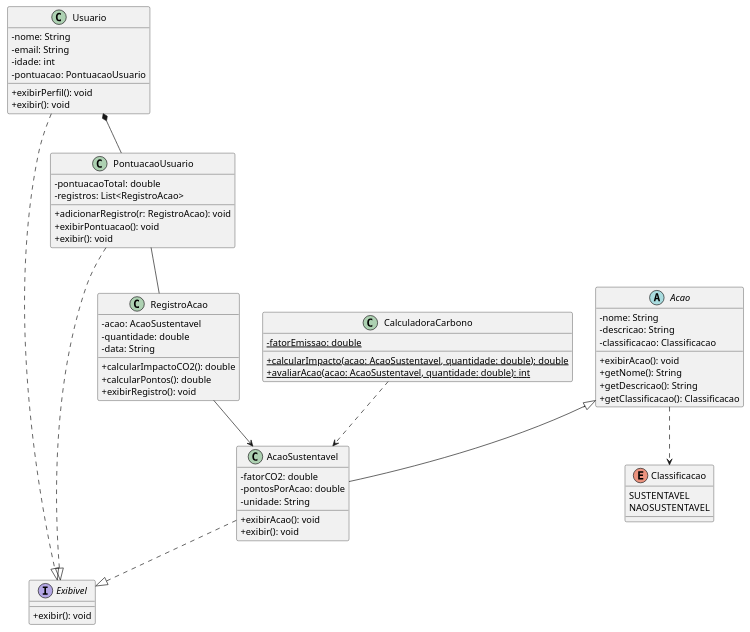
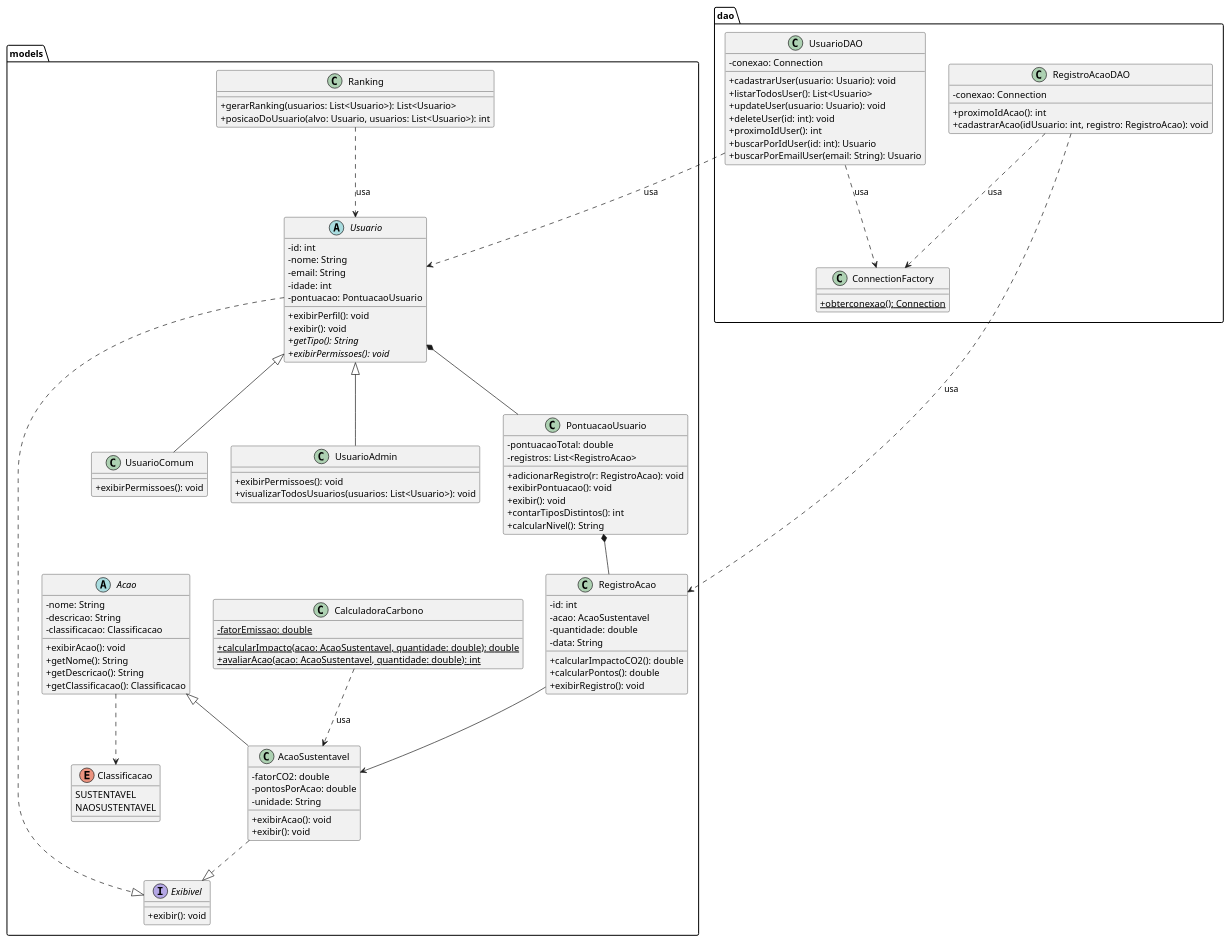
The diagram in rankup_diagrama.puml (RankUp-TDSPJ/RankUp-Java), drawn with PlantUML before and after one commit.

Commit message:
diagrama atualizado com as novas funcionalidades e classe dao

```diff
--- a/rankup_diagrama.puml
+++ b/rankup_diagrama.puml
@@ -1,74 +1,131 @@
 @startuml RankUp
 skinparam classAttributeIconSize 0
 
-interface Exibivel {
-  +exibir(): void
+package "models" {
+
+    interface Exibivel {
+      +exibir(): void
+    }
+
+    abstract class Usuario {
+      -id: int
+      -nome: String
+      -email: String
+      -idade: int
+      -pontuacao: PontuacaoUsuario
+      +exibirPerfil(): void
+      +exibir(): void
+      +{abstract} getTipo(): String
+      +{abstract} exibirPermissoes(): void
+    }
+
+    class UsuarioComum {
+      +exibirPermissoes(): void
+    }
+
+    class UsuarioAdmin {
+      +exibirPermissoes(): void
+      +visualizarTodosUsuarios(usuarios: List<Usuario>): void
+    }
+
+    class PontuacaoUsuario {
+      -pontuacaoTotal: double
+      -registros: List<RegistroAcao>
+      +adicionarRegistro(r: RegistroAcao): void
+      +exibirPontuacao(): void
+      +exibir(): void
+      +contarTiposDistintos(): int
+      +calcularNivel(): String
+    }
+
+    class RegistroAcao {
+      -id: int
+      -acao: AcaoSustentavel
+      -quantidade: double
+      -data: String
+      +calcularImpactoCO2(): double
+      +calcularPontos(): double
+      +exibirRegistro(): void
+    }
+
+    class CalculadoraCarbono {
+      -{static} fatorEmissao: double
+      +{static} calcularImpacto(acao: AcaoSustentavel, quantidade: double): double
+      +{static} avaliarAcao(acao: AcaoSustentavel, quantidade: double): int
+    }
+
+    abstract class Acao {
+      -nome: String
+      -descricao: String
+      -classificacao: Classificacao
+      +exibirAcao(): void
+      +getNome(): String
+      +getDescricao(): String
+      +getClassificacao(): Classificacao
+    }
+
+    class AcaoSustentavel {
+      -fatorCO2: double
+      -pontosPorAcao: double
+      -unidade: String
+      +exibirAcao(): void
+      +exibir(): void
+    }
+
+    enum Classificacao {
+      SUSTENTAVEL
+      NAOSUSTENTAVEL
+    }
+
+    class Ranking {
+      +gerarRanking(usuarios: List<Usuario>): List<Usuario>
+      +posicaoDoUsuario(alvo: Usuario, usuarios: List<Usuario>): int
+    }
 }
 
-class Usuario {
-  -nome: String
-  -email: String
-  -idade: int
-  -pontuacao: PontuacaoUsuario
-  +exibirPerfil(): void
-  +exibir(): void
+package "dao" {
+
+    class ConnectionFactory {
+      +{static} obterconexao(): Connection
+    }
+
+    class UsuarioDAO {
+      -conexao: Connection
+      +cadastrarUser(usuario: Usuario): void
+      +listarTodosUser(): List<Usuario>
+      +updateUser(usuario: Usuario): void
+      +deleteUser(id: int): void
+      +proximoIdUser(): int
+      +buscarPorIdUser(id: int): Usuario
+      +buscarPorEmailUser(email: String): Usuario
+    }
+
+    class RegistroAcaoDAO {
+      -conexao: Connection
+      +proximoIdAcao(): int
+      +cadastrarAcao(idUsuario: int, registro: RegistroAcao): void
+    }
 }
 
-class PontuacaoUsuario {
-  -pontuacaoTotal: double
-  -registros: List<RegistroAcao>
-  +adicionarRegistro(r: RegistroAcao): void
-  +exibirPontuacao(): void
-  +exibir(): void
-}
+' ===== Heranca e interfaces =====
+Usuario ..|> Exibivel
+AcaoSustentavel ..|> Exibivel
+Usuario <|-- UsuarioComum
+Usuario <|-- UsuarioAdmin
+Acao <|-- AcaoSustentavel
 
-class RegistroAcao {
-  -acao: AcaoSustentavel
-  -quantidade: double
-  -data: String
-  +calcularImpactoCO2(): double
-  +calcularPontos(): double
-  +exibirRegistro(): void
-}
+' ===== Composicao / associacao dentro de models =====
+Usuario *-- PontuacaoUsuario
+PontuacaoUsuario *-- RegistroAcao
+RegistroAcao --> AcaoSustentavel
+CalculadoraCarbono ..> AcaoSustentavel : usa
+Acao ..> Classificacao
+Ranking ..> Usuario : usa
 
-class CalculadoraCarbono {
-  -{static} fatorEmissao: double
-  +{static} calcularImpacto(acao: AcaoSustentavel, quantidade: double): double
-  +{static} avaliarAcao(acao: AcaoSustentavel, quantidade: double): int
-}
-
-abstract class Acao {
-  -nome: String
-  -descricao: String
-  -classificacao: Classificacao
-  +exibirAcao(): void
-  +getNome(): String
-  +getDescricao(): String
-  +getClassificacao(): Classificacao
-}
-
-class AcaoSustentavel {
-  -fatorCO2: double
-  -pontosPorAcao: double
-  -unidade: String
-  +exibirAcao(): void
-  +exibir(): void
-}
-
-enum Classificacao {
-  SUSTENTAVEL
-  NAOSUSTENTAVEL
-}
-
-Usuario ..|> Exibivel
-PontuacaoUsuario ..|> Exibivel
-AcaoSustentavel ..|> Exibivel
-
-Usuario *--  PontuacaoUsuario
-PontuacaoUsuario --  RegistroAcao
-RegistroAcao -->  AcaoSustentavel
-CalculadoraCarbono ..> AcaoSustentavel
-Acao <|-- AcaoSustentavel
-Acao ..> Classificacao
+' ===== Camada DAO =====
+UsuarioDAO ..> Usuario : usa
+UsuarioDAO ..> ConnectionFactory : usa
+RegistroAcaoDAO ..> RegistroAcao : usa
+RegistroAcaoDAO ..> ConnectionFactory : usa
 
 @enduml
```
